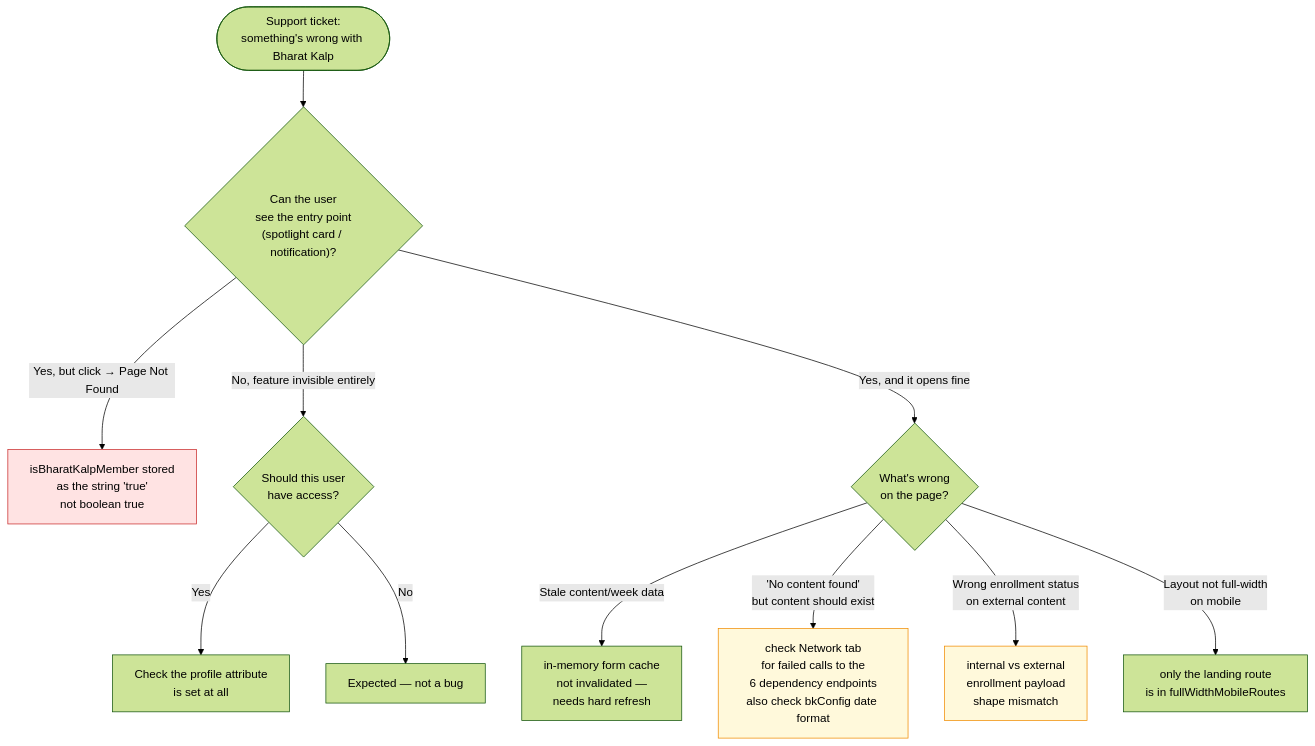
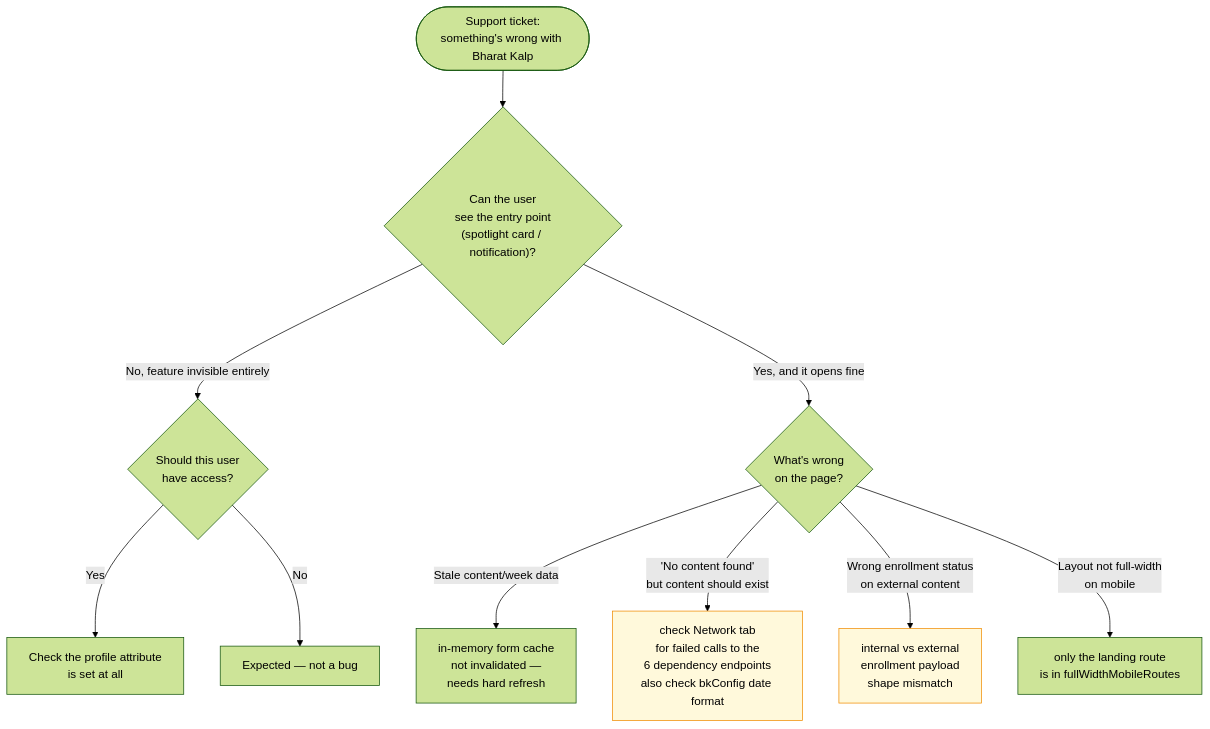
The diagram in docs/learning-hub/bharat-kalp/operations-manual.md (KB-iGOT/igot-docs), drawn with Mermaid (forest theme) before and after one commit. The commit also changed other lines of this file and 23 other files, not shown here.

First line of the commit message:
security(3c/7): remove weakness and unprotected-route statements: ai-cbp-tool, amrit-gyaan-kosh, bharat-kalp, learning-pathway

````diff
--- a/docs/learning-hub/bharat-kalp/operations-manual.md
+++ b/docs/learning-hub/bharat-kalp/operations-manual.md
@@ -88,20 +77,18 @@
 ```mermaid
 flowchart TD
     Start(["Support ticket:\nsomething's wrong with Bharat Kalp"]) --> Q1{"Can the user\nsee the entry point\n(spotlight card / notification)?"}
 
-    Q1 -- "Yes, but click → Page Not Found" --> S1["isBharatKalpMember stored\nas the string 'true'\nnot boolean true"]
     Q1 -- "No, feature invisible entirely" --> Q1b{"Should this user\nhave access?"}
     Q1b -- Yes --> S1b["Check the profile attribute\nis set at all"]
     Q1b -- No --> S1c["Expected — not a bug"]
 
     Q1 -- "Yes, and it opens fine" --> Q2{"What's wrong\non the page?"}
 
     Q2 -- "Stale content/week data" --> S2["in-memory form cache\nnot invalidated —\nneeds hard refresh"]
     Q2 -- "'No content found'\nbut content should exist" --> S3["check Network tab\nfor failed calls to the\n6 dependency endpoints\nalso check bkConfig date format"]
     Q2 -- "Wrong enrollment status\non external content" --> S4["internal vs external\nenrollment payload\nshape mismatch"]
     Q2 -- "Layout not full-width\non mobile" --> S5["only the landing route\nis in fullWidthMobileRoutes"]
 
-    style S1 fill:#ffe3e3,stroke:#c92a2a
     style S3 fill:#fff9db,stroke:#f08c00
     style S4 fill:#fff9db,stroke:#f08c00
 ```
````
